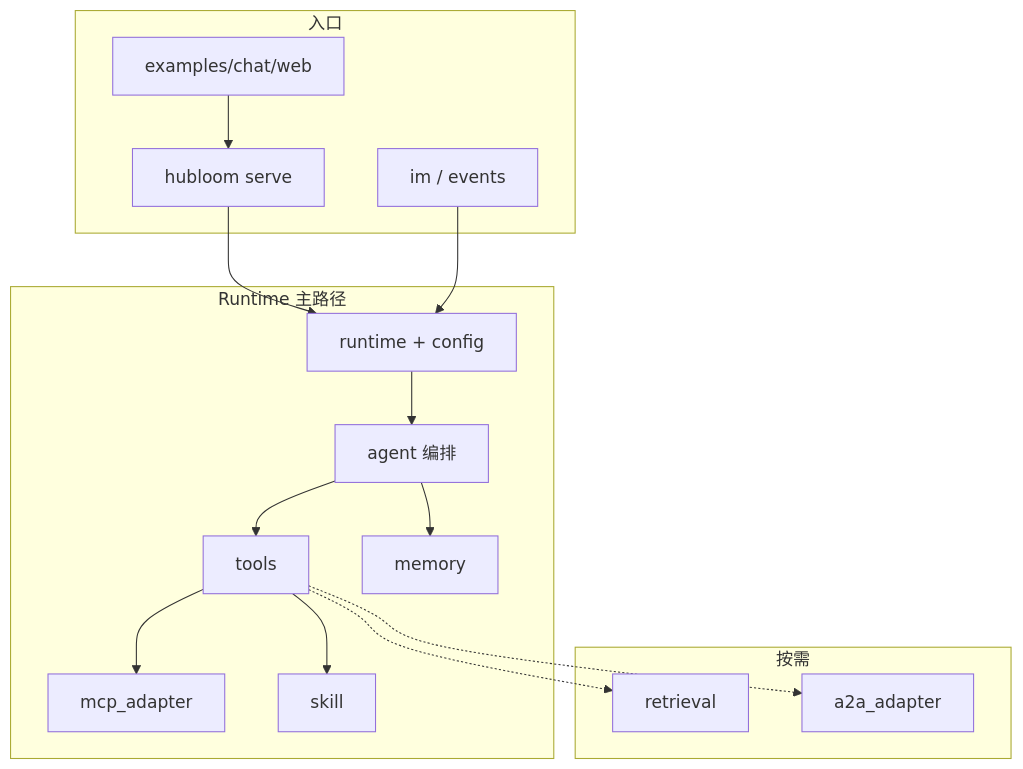
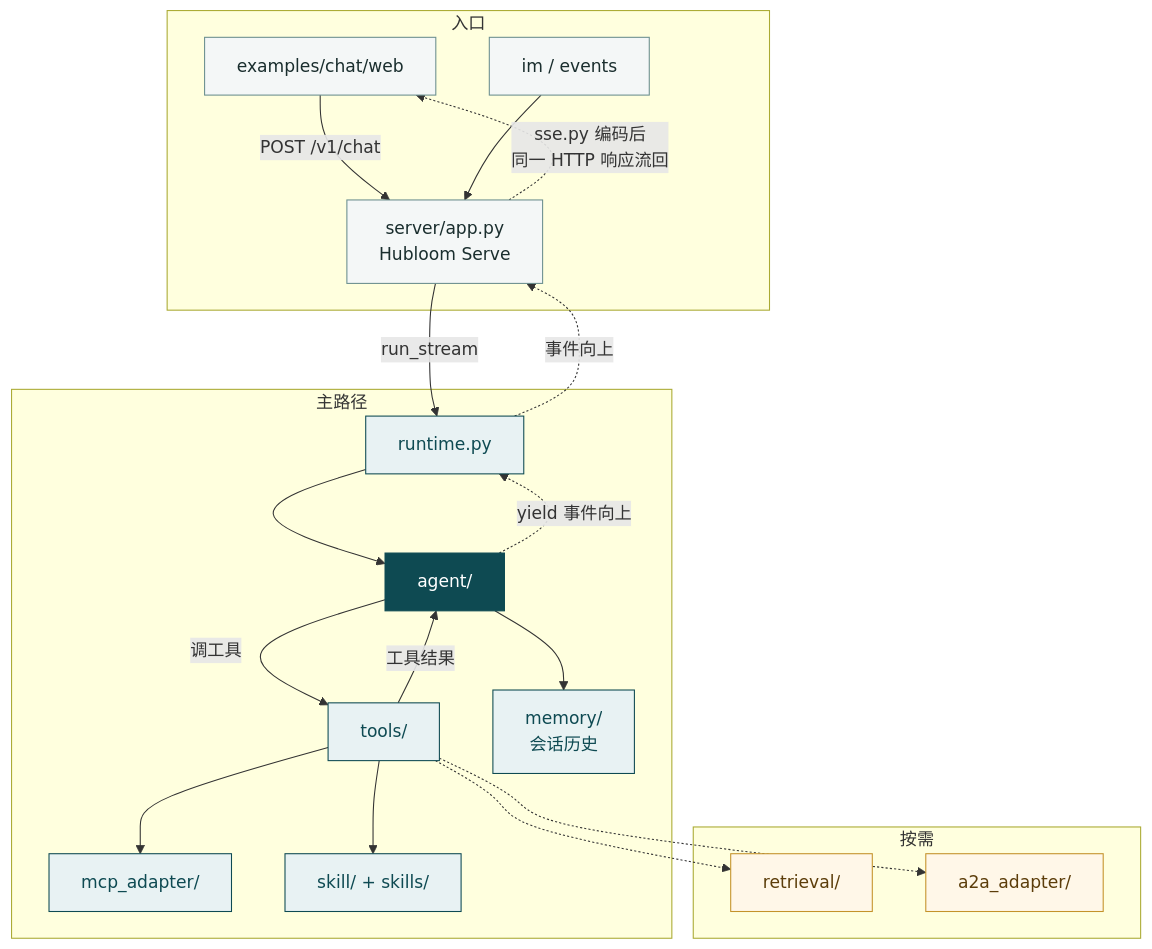
Before and after one commit to Zhong-y-j/Hubloom: the diagram in docs/modules/README.md, drawn with Mermaid. The commit also changed other lines of this file and 1 other file, not shown here.

First line of the commit message:
重写模块导读概览，并修正 SSE 回传路径说明。

````diff
--- a/docs/modules/README.md
+++ b/docs/modules/README.md
@@ -17,30 +15,47 @@
 ```mermaid
 flowchart TB
   subgraph entry["入口"]
-    EX["examples/chat/web"]
-    SV["hubloom serve"]
+    WEB["examples/chat/web"]
+    SV["server/app.py<br/>Hubloom Serve"]
     IM["im / events"]
   end
-  subgraph core["Runtime 主路径"]
-    RT["runtime + config"]
-    AG["agent 编排"]
-    TL["tools"]
-    MCP["mcp_adapter"]
-    SK["skill"]
-    MEM["memory"]
+
+  subgraph core["主路径"]
+    RT["runtime.py"]
+    AG["agent/"]
+    TL["tools/"]
+    MCP["mcp_adapter/"]
+    SK["skill/ + skills/"]
+    MEM["memory/<br/>会话历史"]
   end
+
   subgraph opt["按需"]
-    RAG["retrieval"]
-    A2A["a2a_adapter"]
+    RAG["retrieval/"]
+    A2A["a2a_adapter/"]
   end
-  EX --> SV
-  SV --> RT
-  IM --> RT
+
+  WEB -->|"POST /v1/chat"| SV
+  IM --> SV
+  SV -->|"run_stream"| RT
   RT --> AG
-  AG --> TL
+  AG -->|"调工具"| TL
+  TL -->|"工具结果"| AG
   TL --> MCP
   TL --> SK
   AG --> MEM
+  AG -.->|"yield 事件向上"| RT
+  RT -.->|"事件向上"| SV
+  SV -.->|"sse.py 编码后<br/>同一 HTTP 响应流回"| WEB
   TL -.-> RAG
   TL -.-> A2A
+
+  classDef entry fill:#f4f7f7,stroke:#6b8f8f,color:#1a2e2e
+  classDef core fill:#e8f2f3,stroke:#0e4a52,color:#0e4a52
+  classDef hot fill:#0e4a52,stroke:#0e4a52,color:#fff
+  classDef opt fill:#fff7e8,stroke:#c4922a,color:#5c3d0a
+
+  class WEB,SV,IM entry
+  class RT,TL,MCP,SK,MEM core
+  class AG hot
+  class RAG,A2A opt
 ```
````
